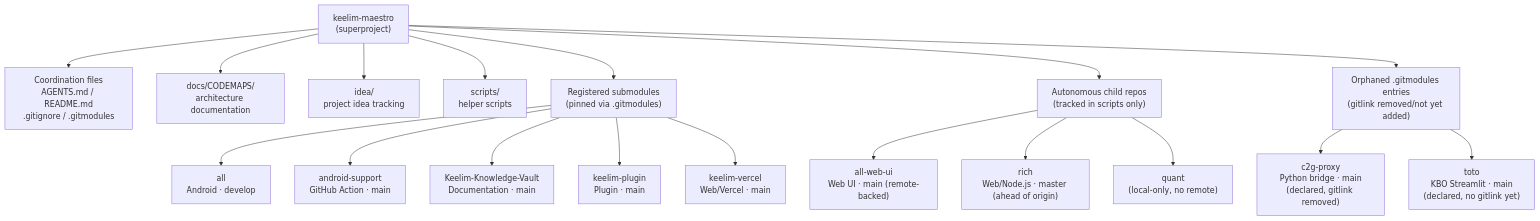
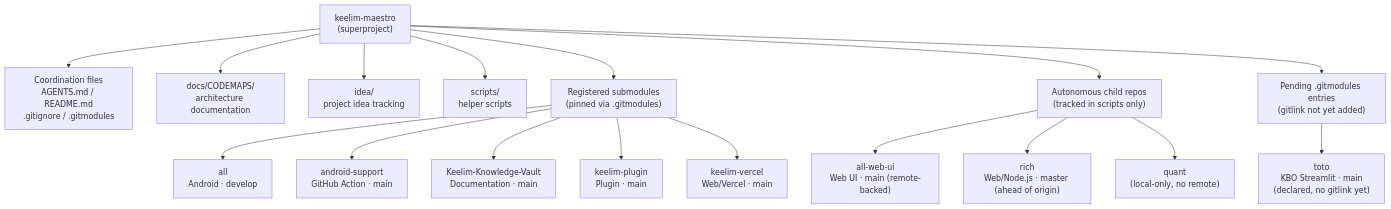
The diagram in docs/CODEMAPS/WORKSPACE.md (keelim/keelim-maestro), drawn with Mermaid before and after one commit. The commit also changed other lines of this file and 9 other files, not shown here.

````diff
--- a/docs/CODEMAPS/WORKSPACE.md
+++ b/docs/CODEMAPS/WORKSPACE.md
@@ -12,26 +12,25 @@
 ```mermaid
 flowchart TB
     root["keelim-maestro\n(superproject)"]
 
     root --> coord["Coordination files\nAGENTS.md / README.md\n.gitignore / .gitmodules"]
     root --> docs["docs/CODEMAPS/\narchitecture documentation"]
     root --> idea["idea/\nproject idea tracking"]
     root --> scripts["scripts/\nhelper scripts"]
     root --> submodules["Registered submodules\n(pinned via .gitmodules)"]
     root --> autonomous["Autonomous child repos\n(tracked in scripts only)"]
 
     submodules --> all["all\nAndroid · develop"]
     submodules --> android["android-support\nGitHub Action · main"]
     submodules --> vault["Keelim-Knowledge-Vault\nDocumentation · main"]
     submodules --> plugin["keelim-plugin\nPlugin · main"]
     submodules --> vercel["keelim-vercel\nWeb/Vercel · main"]
 
-    orphaned["Orphaned .gitmodules entries\n(gitlink removed/not yet added)"]
+    orphaned["Pending .gitmodules entries\n(gitlink not yet added)"]
     root --> orphaned
-    orphaned --> c2g["c2g-proxy\nPython bridge · main\n(declared, gitlink removed)"]
     orphaned --> toto["toto\nKBO Streamlit · main\n(declared, no gitlink yet)"]
 
     autonomous --> webui["all-web-ui\nWeb UI · main (remote-backed)"]
     autonomous --> rich["rich\nWeb/Node.js · master (ahead of origin)"]
     autonomous --> quant["quant\n(local-only, no remote)"]
 ```
````
